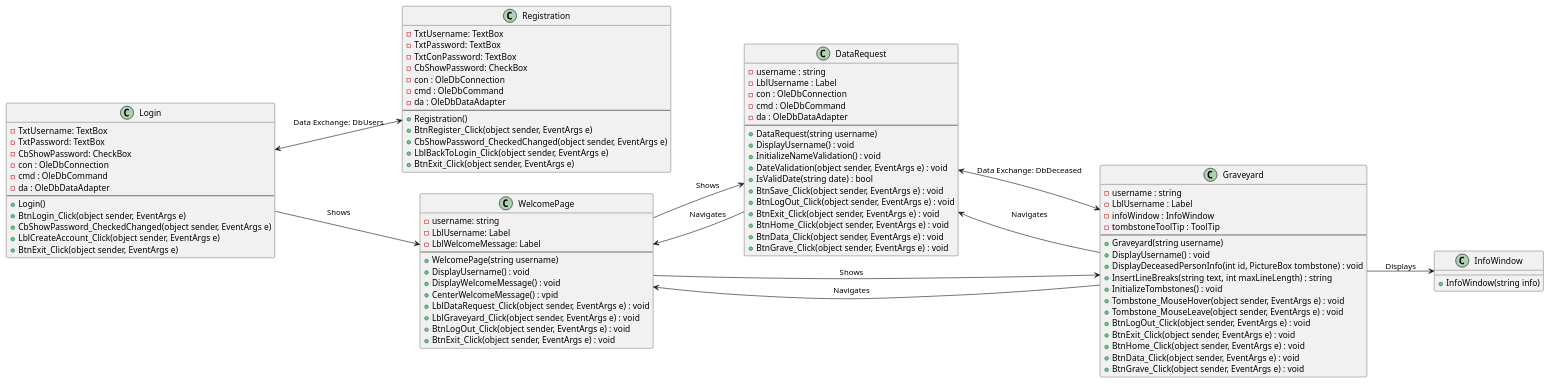
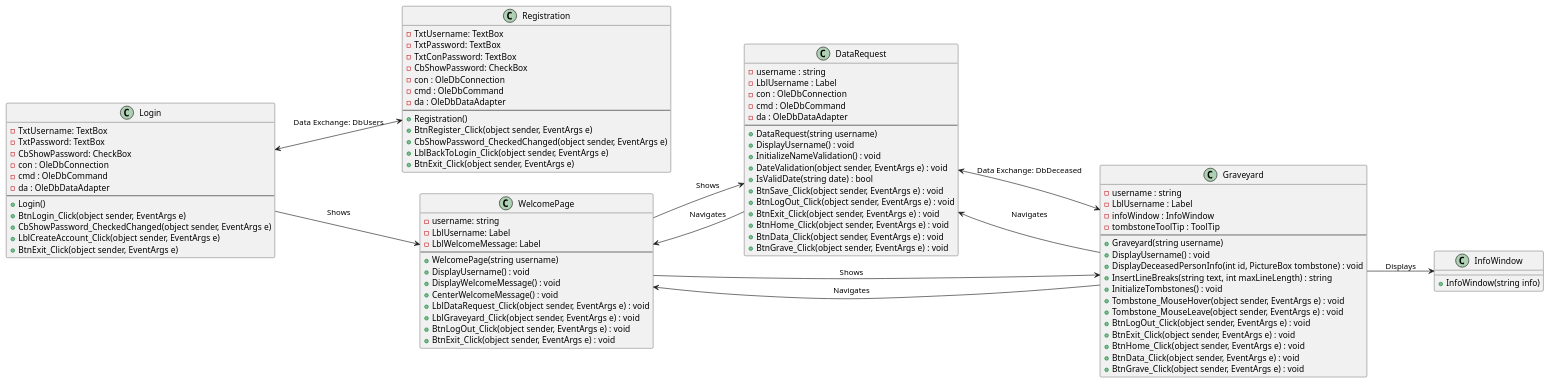
The diagram in UML-Diagramm.plantuml (luisewinzer/SE-Projekt), drawn with PlantUML before and after one commit.

Commit message:
Update UML-Diagramm

```diff
--- a/UML-Diagramm.plantuml
+++ b/UML-Diagramm.plantuml
@@ -1,106 +1,106 @@
 @startuml
 
 left to right direction
 
 class Login {
     - TxtUsername: TextBox
     - TxtPassword: TextBox
     - CbShowPassword: CheckBox
     - con : OleDbConnection
     - cmd : OleDbCommand
     - da : OleDbDataAdapter
     --
     + Login()
     + BtnLogin_Click(object sender, EventArgs e)
     + CbShowPassword_CheckedChanged(object sender, EventArgs e)
     + LblCreateAccount_Click(object sender, EventArgs e)
     + BtnExit_Click(object sender, EventArgs e)
 }
 
 class Registration {
     - TxtUsername: TextBox
     - TxtPassword: TextBox
     - TxtConPassword: TextBox
     - CbShowPassword: CheckBox
     - con : OleDbConnection
     - cmd : OleDbCommand
     - da : OleDbDataAdapter
     --
     + Registration()
     + BtnRegister_Click(object sender, EventArgs e)
     + CbShowPassword_CheckedChanged(object sender, EventArgs e)
     + LblBackToLogin_Click(object sender, EventArgs e)
     + BtnExit_Click(object sender, EventArgs e)
 }
 
 class WelcomePage {
     - username: string
     - LblUsername: Label
     - LblWelcomeMessage: Label
     --
     + WelcomePage(string username)
     + DisplayUsername() : void
     + DisplayWelcomeMessage() : void
-    + CenterWelcomeMessage() : vpid
+    + CenterWelcomeMessage() : void
     + LblDataRequest_Click(object sender, EventArgs e) : void
     + LblGraveyard_Click(object sender, EventArgs e) : void
     + BtnLogOut_Click(object sender, EventArgs e) : void
     + BtnExit_Click(object sender, EventArgs e) : void
 }
 
 
 class DataRequest {
     - username : string
     - LblUsername : Label
     - con : OleDbConnection
     - cmd : OleDbCommand
     - da : OleDbDataAdapter
     --
     + DataRequest(string username)
     + DisplayUsername() : void
     + InitializeNameValidation() : void
     + DateValidation(object sender, EventArgs e) : void
     + IsValidDate(string date) : bool
     + BtnSave_Click(object sender, EventArgs e) : void
     + BtnLogOut_Click(object sender, EventArgs e) : void
     + BtnExit_Click(object sender, EventArgs e) : void
     + BtnHome_Click(object sender, EventArgs e) : void
     + BtnData_Click(object sender, EventArgs e) : void
     + BtnGrave_Click(object sender, EventArgs e) : void
 }
 
 class Graveyard {
     - username : string
     - LblUsername : Label
     - infoWindow : InfoWindow
     - tombstoneToolTip : ToolTip
     --
     + Graveyard(string username)
     + DisplayUsername() : void
     + DisplayDeceasedPersonInfo(int id, PictureBox tombstone) : void
     + InsertLineBreaks(string text, int maxLineLength) : string
     + InitializeTombstones() : void
     + Tombstone_MouseHover(object sender, EventArgs e) : void
     + Tombstone_MouseLeave(object sender, EventArgs e) : void
     + BtnLogOut_Click(object sender, EventArgs e) : void
     + BtnExit_Click(object sender, EventArgs e) : void
     + BtnHome_Click(object sender, EventArgs e) : void
     + BtnData_Click(object sender, EventArgs e) : void
     + BtnGrave_Click(object sender, EventArgs e) : void
 }
 
 class InfoWindow {
 + InfoWindow(string info)
 }
 
 Login <--> Registration : Data Exchange: DbUsers
 Login --> WelcomePage : Shows
 WelcomePage --> DataRequest : Shows
 WelcomePage --> Graveyard : Shows
 DataRequest <--> Graveyard : Data Exchange: DbDeceased
 DataRequest --> WelcomePage : Navigates
 Graveyard --> WelcomePage : Navigates
 Graveyard --> InfoWindow : Displays
 Graveyard --> DataRequest : Navigates
 
 @enduml
```
